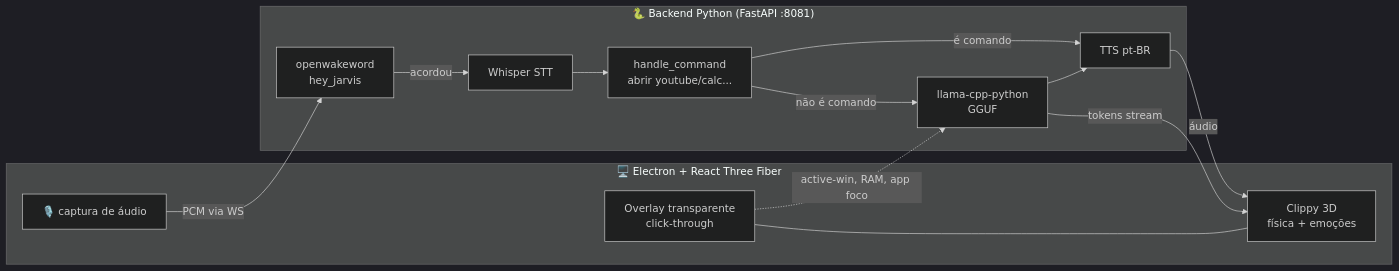
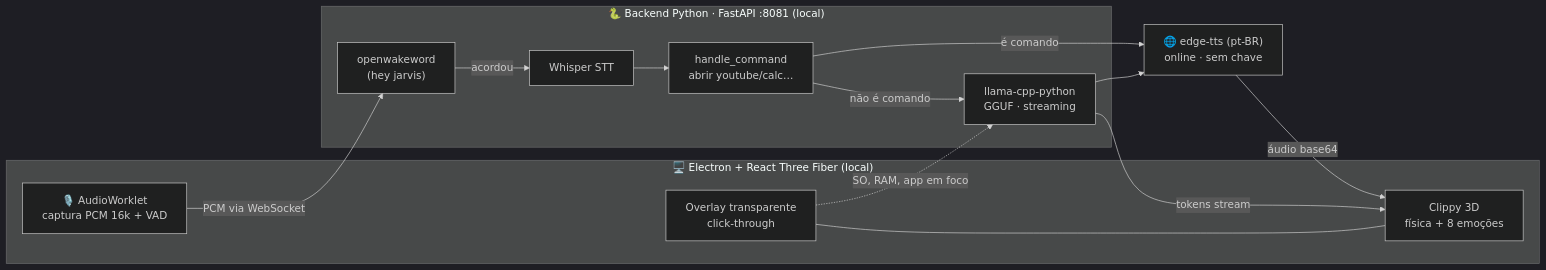
One commit to caioross/Clippy changed the diagram in README.md. Above: the diagram before and after it, drawn with Mermaid (dark theme). The commit also changed other lines of this file and 2 other files, not shown here.

````diff
--- a/README.md
+++ b/README.md
@@ -83,27 +99,28 @@
 ```mermaid
 flowchart LR
-    subgraph FRONT["🖥️ Electron + React Three Fiber"]
-        OVL[Overlay transparente<br/>click-through]
-        R3F[Clippy 3D<br/>física + emoções]
-        MIC[🎙️ captura de áudio]
+    subgraph FRONT["🖥️ Electron + React Three Fiber (local)"]
+        OVL["Overlay transparente<br/>click-through"]
+        R3F["Clippy 3D<br/>física + 8 emoções"]
+        MIC["🎙️ AudioWorklet<br/>captura PCM 16k + VAD"]
         OVL --- R3F
     end
 
-    subgraph BACK["🐍 Backend Python (FastAPI :8081)"]
-        WAKE[openwakeword<br/>hey_jarvis]
-        STT[Whisper STT]
-        LLM[llama-cpp-python<br/>GGUF]
-        TTS[TTS pt-BR]
-        CMD[handle_command<br/>abrir youtube/calc...]
+    subgraph BACK["🐍 Backend Python · FastAPI :8081 (local)"]
+        WAKE["openwakeword<br/>(hey jarvis)"]
+        STT["Whisper STT"]
+        CMD["handle_command<br/>abrir youtube/calc…"]
+        LLM["llama-cpp-python<br/>GGUF · streaming"]
     end
 
-    MIC -->|PCM via WS| WAKE
-    WAKE -->|acordou| STT
+    TTS["🌐 edge-tts (pt-BR)<br/>online · sem chave"]
+
+    MIC -->|"PCM via WebSocket"| WAKE
+    WAKE -->|"acordou"| STT
     STT --> CMD
-    CMD -->|não é comando| LLM
-    LLM -->|tokens stream| R3F
-    CMD -->|é comando| TTS
+    CMD -->|"não é comando"| LLM
+    LLM -->|"tokens stream"| R3F
+    CMD -->|"é comando"| TTS
     LLM --> TTS
-    TTS -->|áudio| R3F
-    OVL -.->|active-win, RAM, app foco| LLM
+    TTS -->|"áudio base64"| R3F
+    OVL -.->|"SO, RAM, app em foco"| LLM
 ```
````
